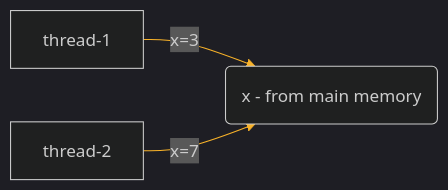
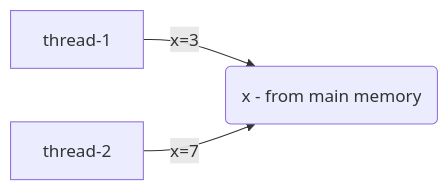
One commit to cloudxmen/java-concurrency changed the diagram in README.md. Above: the diagram before and after it, drawn with Mermaid.

Commit message:
update with themes

````diff
--- a/README.md
+++ b/README.md
@@ -35,20 +35,20 @@
 ```mermaid
 %%{
   init: {
     'theme': 'dark',
-    'themeVariables': {
+    <!-- 'themeVariables': {
       'primaryColor': '#BB2528',
       'primaryTextColor': '#fff',
       'primaryBorderColor': '#7C0000',
       'lineColor': '#F8B229',
       'secondaryColor': '#006100',
       'tertiaryColor': '#fff'
-    }
+    } -->
   }
 }%%
 
 graph LR;
 thread-1 -- x=3 --> x(x - from main memory)
 thread-2 -- x=7 --> x
 
 ```
````
